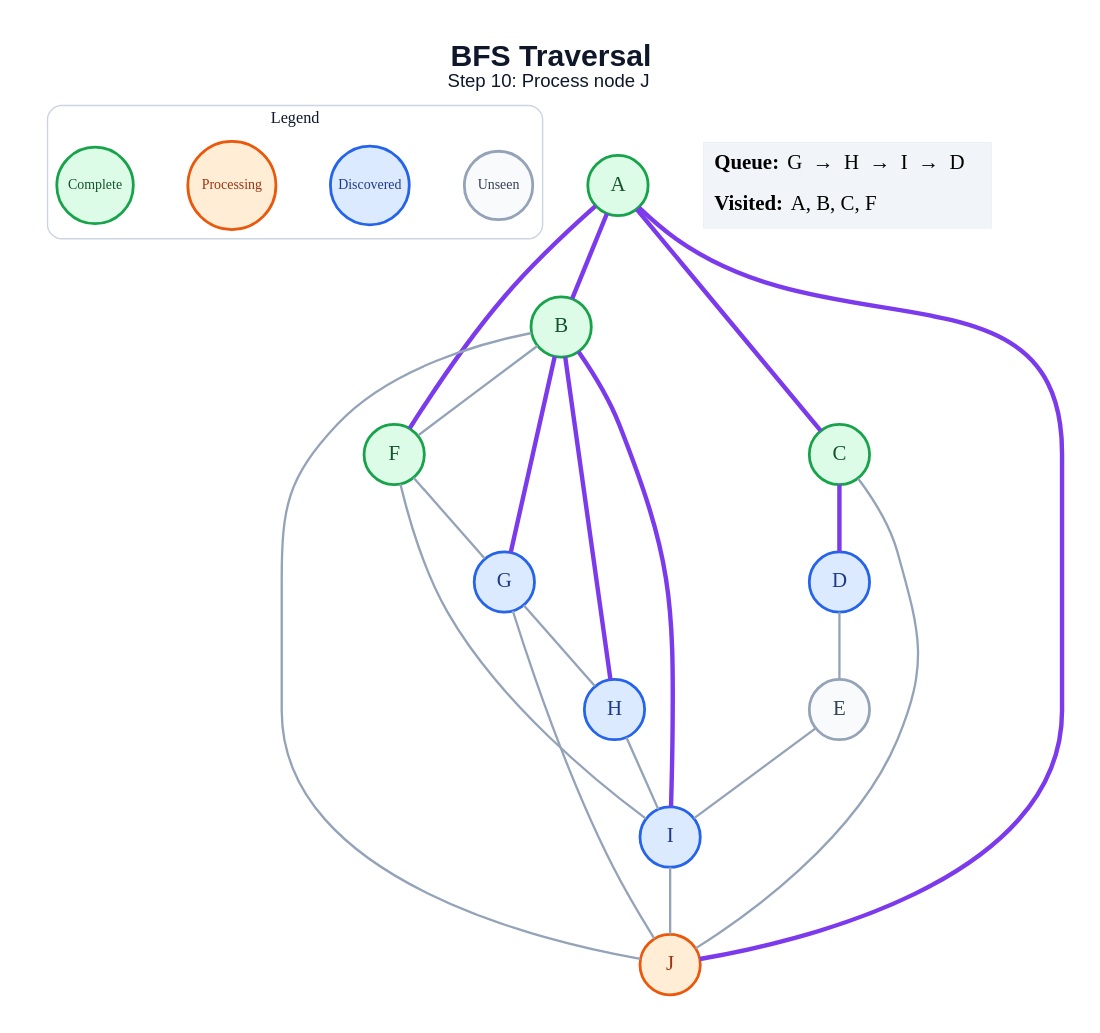
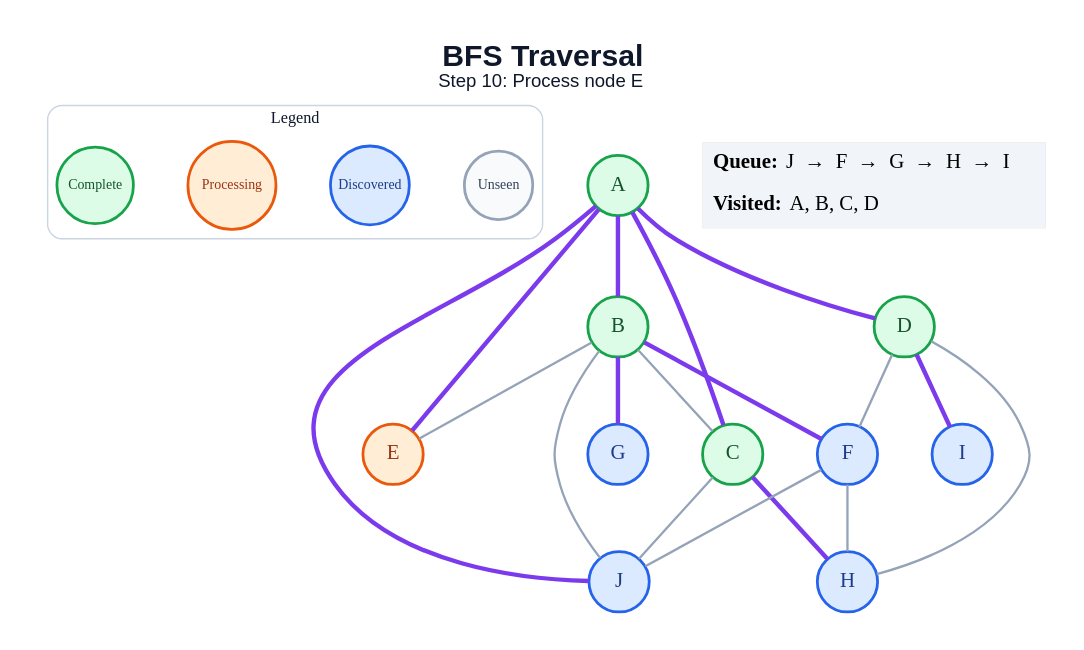
Before and after one commit to amanghodawala9/ai-slop: the diagram in generated/bfs/step_10.dot, drawn with Graphviz. The commit also changed 178 other files, not shown here.

```diff
--- a/generated/bfs/step_10.dot
+++ b/generated/bfs/step_10.dot
@@ -1,48 +1,46 @@
 graph traversal {
   graph [layout=dot, rankdir=TB, bgcolor="#FFFFFF", pad="0.35", nodesep="0.65", ranksep="0.8", fontname="Arial"];
   node [shape=circle, style="filled", fontname="Arial Bold", fontsize=18, width=0.72, fixedsize=true, penwidth=2.4];
   edge [color="#94A3B8", penwidth=2.0];
-  label=<<B>BFS Traversal</B><BR/><FONT POINT-SIZE="16">Step 10: Process node J</FONT>>; labelloc="t"; fontsize=26; fontname="Arial"; fontcolor="#0F172A";
+  label=<<B>BFS Traversal</B><BR/><FONT POINT-SIZE="16">Step 10: Process node E</FONT>>; labelloc="t"; fontsize=26; fontname="Arial"; fontcolor="#0F172A";
   subgraph cluster_legend { label="Legend"; color="#CBD5E1"; penwidth=1.2; style="rounded"; fontsize=14; fontname="Arial Bold";
     key_unseen [label="Unseen", fillcolor="#F8FAFC", color="#94A3B8", fontcolor="#334155", fontsize=12, width=0.82];
     key_frontier [label="Discovered", fillcolor="#DBEAFE", color="#2563EB", fontcolor="#1E3A8A", fontsize=12, width=0.95];
     key_current [label="Processing", fillcolor="#FFEDD5", color="#EA580C", fontcolor="#9A3412", fontsize=12, width=1.05];
     key_done [label="Complete", fillcolor="#DCFCE7", color="#16A34A", fontcolor="#14532D", fontsize=12, width=0.92];
     { rank=same; key_unseen; key_frontier; key_current; key_done; }
   }
   A [fillcolor="#DCFCE7", color="#16A34A", fontcolor="#14532D"];
   B [fillcolor="#DCFCE7", color="#16A34A", fontcolor="#14532D"];
   C [fillcolor="#DCFCE7", color="#16A34A", fontcolor="#14532D"];
-  D [fillcolor="#DBEAFE", color="#2563EB", fontcolor="#1E3A8A"];
-  E [fillcolor="#F8FAFC", color="#94A3B8", fontcolor="#334155"];
-  F [fillcolor="#DCFCE7", color="#16A34A", fontcolor="#14532D"];
+  D [fillcolor="#DCFCE7", color="#16A34A", fontcolor="#14532D"];
+  E [fillcolor="#FFEDD5", color="#EA580C", fontcolor="#9A3412"];
+  F [fillcolor="#DBEAFE", color="#2563EB", fontcolor="#1E3A8A"];
   G [fillcolor="#DBEAFE", color="#2563EB", fontcolor="#1E3A8A"];
   H [fillcolor="#DBEAFE", color="#2563EB", fontcolor="#1E3A8A"];
   I [fillcolor="#DBEAFE", color="#2563EB", fontcolor="#1E3A8A"];
-  J [fillcolor="#FFEDD5", color="#EA580C", fontcolor="#9A3412"];
+  J [fillcolor="#DBEAFE", color="#2563EB", fontcolor="#1E3A8A"];
   A -- B [color="#7C3AED", penwidth=3.8];
   A -- C [color="#7C3AED", penwidth=3.8];
-  A -- F [color="#7C3AED", penwidth=3.8];
+  A -- D [color="#7C3AED", penwidth=3.8];
+  A -- E [color="#7C3AED", penwidth=3.8];
   A -- J [color="#7C3AED", penwidth=3.8];
-  B -- F;
+  B -- C;
+  B -- E;
+  B -- F [color="#7C3AED", penwidth=3.8];
   B -- G [color="#7C3AED", penwidth=3.8];
-  B -- H [color="#7C3AED", penwidth=3.8];
-  B -- I [color="#7C3AED", penwidth=3.8];
   B -- J;
-  C -- D [color="#7C3AED", penwidth=3.8];
+  C -- H [color="#7C3AED", penwidth=3.8];
   C -- J;
-  D -- E;
-  E -- I;
-  F -- G;
-  F -- I;
-  G -- H;
-  G -- J;
-  H -- I;
-  I -- J;
+  D -- F;
+  D -- H;
+  D -- I [color="#7C3AED", penwidth=3.8];
+  F -- H;
+  F -- J;
   status [shape=plain, fixedsize=false, width=0, height=0, margin=0, label=<
     <TABLE BORDER="0" CELLBORDER="0" CELLPADDING="7" BGCOLOR="#F1F5F9">
-      <TR><TD ALIGN="LEFT"><B>Queue:</B> G  →  H  →  I  →  D</TD></TR>
-      <TR><TD ALIGN="LEFT"><B>Visited:</B> A, B, C, F</TD></TR>
+      <TR><TD ALIGN="LEFT"><B>Queue:</B> J  →  F  →  G  →  H  →  I</TD></TR>
+      <TR><TD ALIGN="LEFT"><B>Visited:</B> A, B, C, D</TD></TR>
     </TABLE>
   >];
 }
```
